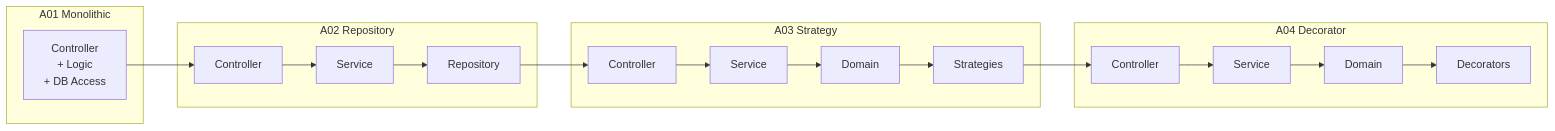
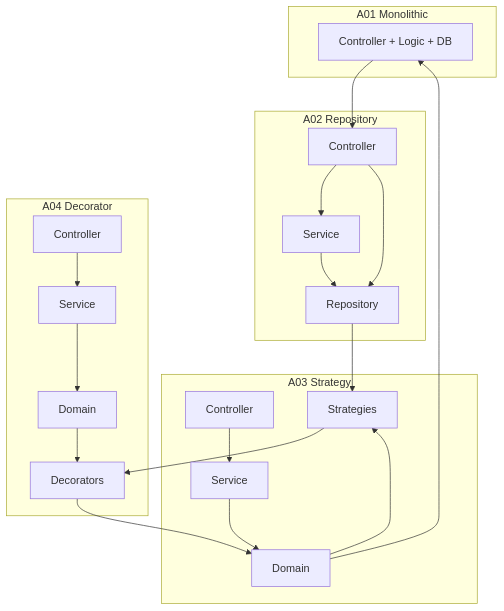
One commit to MMoza/reservations changed the sixth of 6 diagrams in README.md. Above: the diagram before and after it, drawn with Mermaid.

Commit message:
styles flowchart

````diff
--- a/README.md
+++ b/README.md
@@ -552,42 +552,42 @@
 ```mermaid
-flowchart LR
+flowchart TD
 
-    %% A01
+    %% Top Row
     subgraph A01 Monolithic
-        M1[Controller<br>+ Logic<br>+ DB Access]
+        M1["Controller + Logic + DB"]
     end
 
-    %% A02
     subgraph A02 Repository
         C2[Controller]
         S2[Service]
         R2[Repository]
-
         C2 --> S2 --> R2
     end
 
-    %% A03
+    %% Bottom Row
     subgraph A03 Strategy
         C3[Controller]
         S3[Service]
         D3[Domain]
         ST3[Strategies]
-
         C3 --> S3 --> D3 --> ST3
     end
 
-    %% A04
     subgraph A04 Decorator
         C4[Controller]
         S4[Service]
         D4[Domain]
         DE4[Decorators]
-
         C4 --> S4 --> D4 --> DE4
     end
 
-    %% Flow between architectures
+    %% Layout connections (square shape)
     M1 --> C2
-    R2 --> C3
-    ST3 --> C4
+    C2 --> R2
+
+    R2 --> ST3
+    ST3 --> DE4
+
+    DE4 --> D3
+    D3 --> M1
 ```
````
